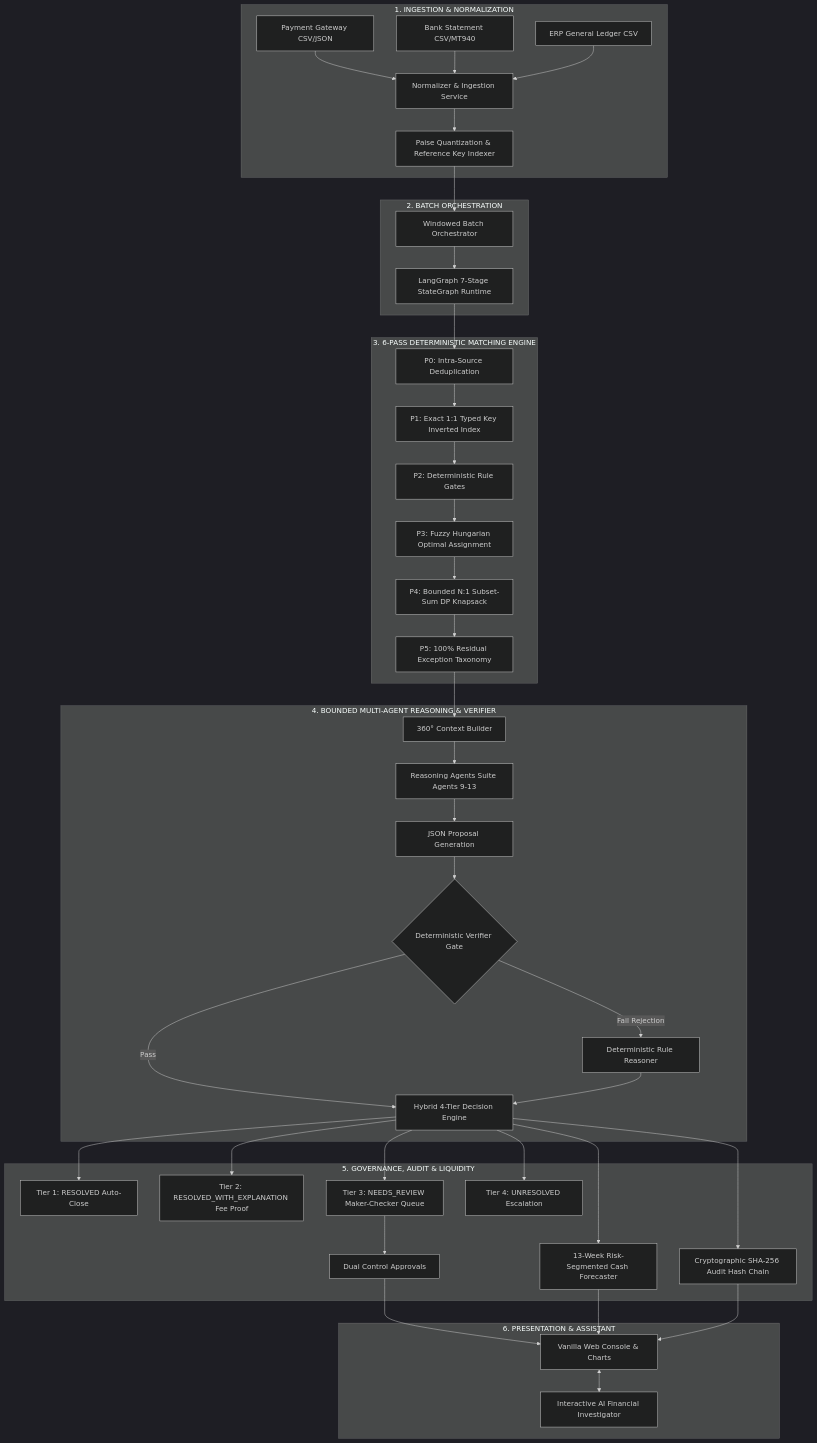
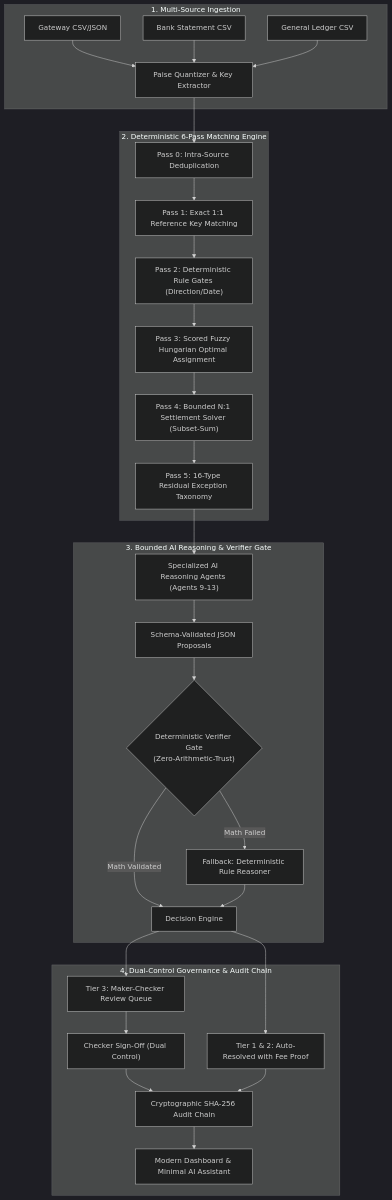
Before and after one commit to Vikas5426/AI-Finance-controller: the first of 5 diagrams in README.md, drawn with Mermaid (dark theme). The commit also changed other lines of this file and 6 other files, not shown here.

Commit message:
feat: implement core frontend dashboard logic and backend API scaffolding for batch processing and approvals

````diff
--- a/README.md
+++ b/README.md
@@ -137,51 +80,35 @@
 ```mermaid
-graph TD
-    subgraph Ingestion ["1. INGESTION & NORMALIZATION"]
-        GW[Payment Gateway CSV/JSON] --> NORM[Normalizer & Ingestion Service]
-        BANK[Bank Statement CSV/MT940] --> NORM
-        GL[ERP General Ledger CSV] --> NORM
-        NORM --> CANON[Paise Quantization & Reference Key Indexer]
+flowchart TD
+    subgraph INGEST ["1. Multi-Source Ingestion"]
+        G[Gateway CSV/JSON] --> N[Paise Quantizer & Key Extractor]
+        B[Bank Statement CSV] --> N
+        L[General Ledger CSV] --> N
     end
 
-    subgraph Batch ["2. BATCH ORCHESTRATION"]
-        CANON --> ORCH[Windowed Batch Orchestrator]
-        ORCH --> LG[LangGraph 7-Stage StateGraph Runtime]
+    subgraph ENGINE ["2. Deterministic 6-Pass Matching Engine"]
+        N --> P0["Pass 0: Intra-Source Deduplication"]
+        P0 --> P1["Pass 1: Exact 1:1 Reference Key Matching"]
+        P1 --> P2["Pass 2: Deterministic Rule Gates (Direction/Date)"]
+        P2 --> P3["Pass 3: Scored Fuzzy Hungarian Optimal Assignment"]
+        P3 --> P4["Pass 4: Bounded N:1 Settlement Solver (Subset-Sum)"]
+        P4 --> P5["Pass 5: 16-Type Residual Exception Taxonomy"]
     end
 
-    subgraph Matching ["3. 6-PASS DETERMINISTIC MATCHING ENGINE"]
-        LG --> P0[P0: Intra-Source Deduplication]
-        P0 --> P1[P1: Exact 1:1 Typed Key Inverted Index]
-        P1 --> P2[P2: Deterministic Rule Gates]
-        P2 --> P3[P3: Fuzzy Hungarian Optimal Assignment]
-        P3 --> P4[P4: Bounded N:1 Subset-Sum DP Knapsack]
-        P4 --> P5[P5: 100% Residual Exception Taxonomy]
+    subgraph AI ["3. Bounded AI Reasoning & Verifier Gate"]
+        P5 --> AG["Specialized AI Reasoning Agents (Agents 9-13)"]
+        AG --> PROP["Schema-Validated JSON Proposals"]
+        PROP --> VG{"Deterministic Verifier Gate\n(Zero-Arithmetic-Trust)"}
+        VG -- Math Validated --> ROUTE["Decision Engine"]
+        VG -- Math Failed --> REJECT["Fallback: Deterministic Rule Reasoner"]
+        REJECT --> ROUTE
     end
 
-    subgraph Intelligence ["4. BOUNDED MULTI-AGENT REASONING & VERIFIER"]
-        P5 --> CTX[360° Context Builder]
-        CTX --> AGENTS[Reasoning Agents Suite Agents 9-13]
-        AGENTS --> PROPOSAL[JSON Proposal Generation]
-        PROPOSAL --> VERIFY{Deterministic Verifier Gate}
-        VERIFY -- Pass --> ROUTE[Hybrid 4-Tier Decision Engine]
-        VERIFY -- Fail Rejection --> FALLBACK[Deterministic Rule Reasoner]
-        FALLBACK --> ROUTE
-    end
-
-    subgraph Governance ["5. GOVERNANCE, AUDIT & LIQUIDITY"]
-        ROUTE --> T1[Tier 1: RESOLVED Auto-Close]
-        ROUTE --> T2[Tier 2: RESOLVED_WITH_EXPLANATION Fee Proof]
-        ROUTE --> T3[Tier 3: NEEDS_REVIEW Maker-Checker Queue]
-        ROUTE --> T4[Tier 4: UNRESOLVED Escalation]
-        
-        T3 --> MC[Dual Control Approvals]
-        ROUTE --> FORECAST[13-Week Risk-Segmented Cash Forecaster]
-        ROUTE --> HASH[Cryptographic SHA-256 Audit Hash Chain]
-    end
-
-    subgraph Presentation ["6. PRESENTATION & ASSISTANT"]
-        MC --> UI[Vanilla Web Console & Charts]
-        FORECAST --> UI
-        HASH --> UI
-        UI <--> QA[Interactive AI Financial Investigator]
+    subgraph GOV ["4. Dual-Control Governance & Audit Chain"]
+        ROUTE --> AUTO["Tier 1 & 2: Auto-Resolved with Fee Proof"]
+        ROUTE --> QUEUE["Tier 3: Maker-Checker Review Queue"]
+        QUEUE --> APPR["Checker Sign-Off (Dual Control)"]
+        APPR --> HASH["Cryptographic SHA-256 Audit Chain"]
+        AUTO --> HASH
+        HASH --> UI["Modern Dashboard & Minimal AI Assistant"]
     end
 ```
````
